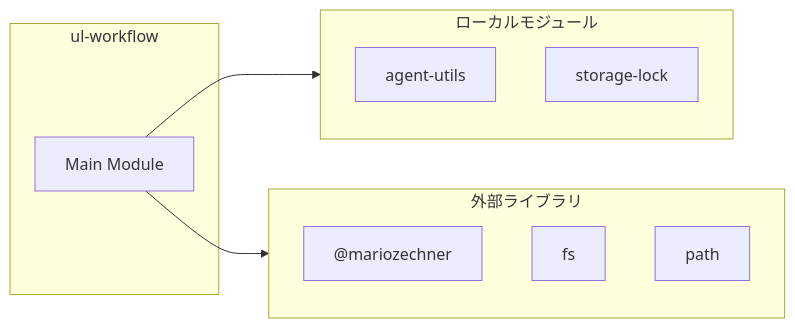
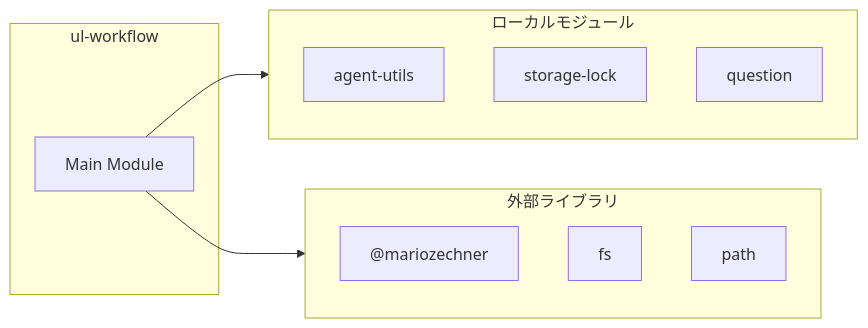
Before and after one commit to Mekann2904/mekann: diagram 18 of 20 in ABDD/.pi/extensions/ul-workflow.md, drawn with Mermaid. The commit also changed other lines of this file and 189 other files, not shown here.

````diff
--- a/ABDD/.pi/extensions/ul-workflow.md
+++ b/ABDD/.pi/extensions/ul-workflow.md
@@ -684,19 +1091,20 @@
 ```mermaid
 flowchart LR
   subgraph this[ul-workflow]
     main[Main Module]
   end
   subgraph local[ローカルモジュール]
     agent_utils["agent-utils"]
     storage_lock["storage-lock"]
+    question["question"]
   end
   main --> local
   subgraph external[外部ライブラリ]
     _mariozechner["@mariozechner"]
     _mariozechner["@mariozechner"]
     _mariozechner["@mariozechner"]
     fs["fs"]
     path["path"]
   end
   main --> external
 ```
````
